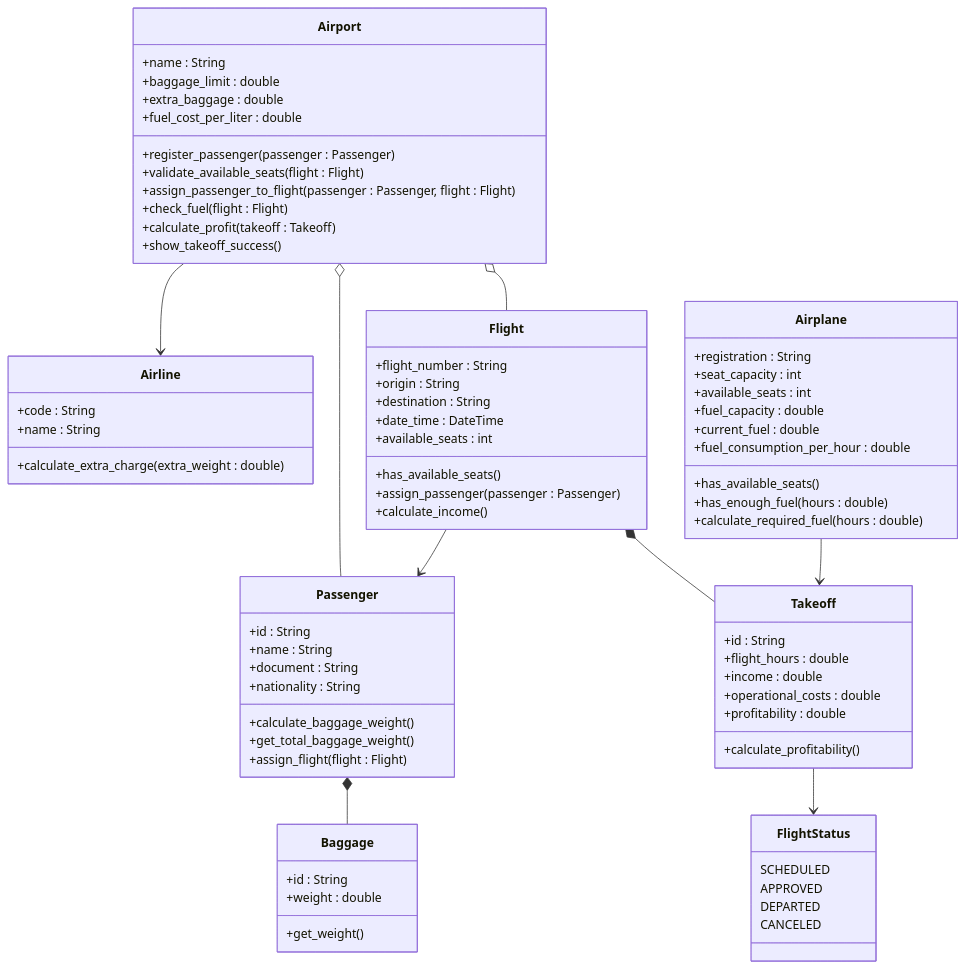
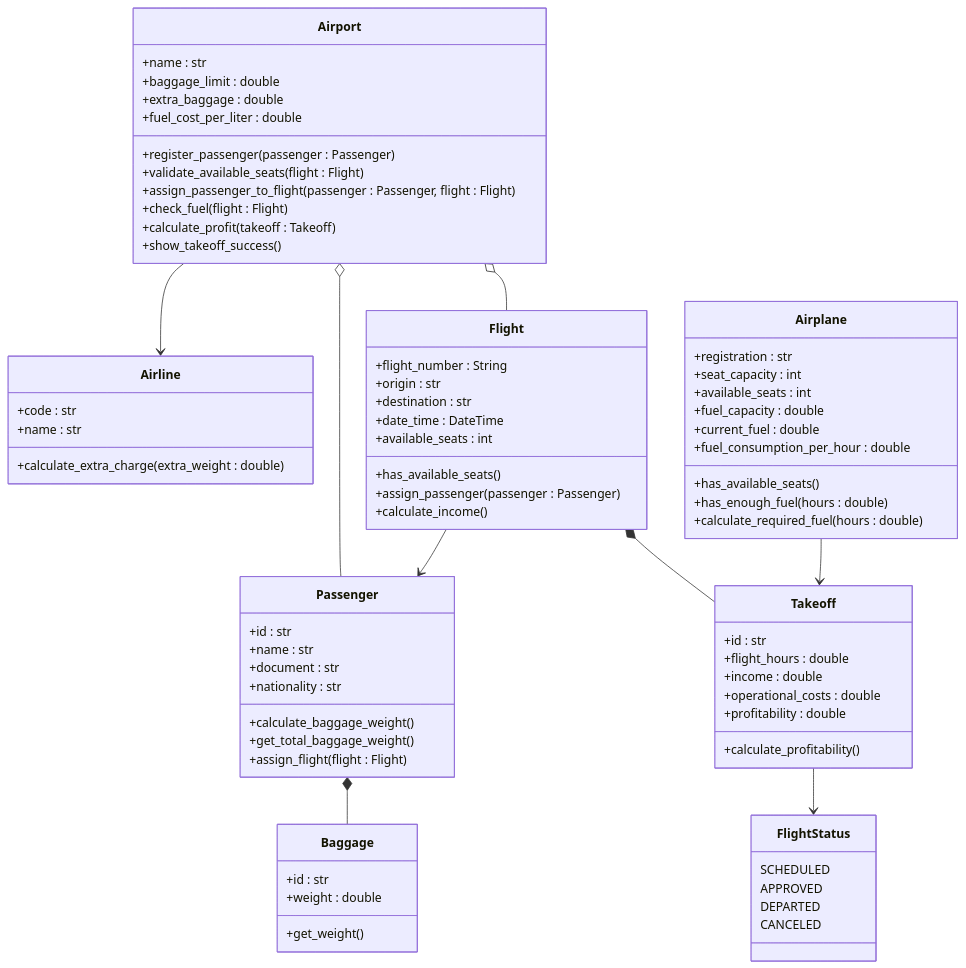
Before and after one commit to CristianDuarted/Proyecto-Aeropuerto-POO: the diagram in README.md, drawn with Mermaid.

```diff
--- a/README.md
+++ b/README.md
@@ -33,7 +33,7 @@
 classDiagram
 
     class Airport {
-        +name : String
+        +name : str
         +baggage_limit : double
         +extra_baggage : double
         +fuel_cost_per_liter : double
@@ -46,31 +46,31 @@
     }
 
     class Passenger {
-        +id : String
-        +name : String
-        +document : String
-        +nationality : String
+        +id : str
+        +name : str
+        +document : str
+        +nationality : str
         +calculate_baggage_weight()
         +get_total_baggage_weight()
         +assign_flight(flight : Flight)
     }
 
     class Baggage {
-        +id : String
+        +id : str
         +weight : double
         +get_weight()
     }
 
     class Airline {
-        +code : String
-        +name : String
+        +code : str
+        +name : str
         +calculate_extra_charge(extra_weight : double)
     }
 
     class Flight {
         +flight_number : String
-        +origin : String
-        +destination : String
+        +origin : str
+        +destination : str
         +date_time : DateTime
         +available_seats : int
         +has_available_seats()
@@ -79,7 +79,7 @@
     }
 
     class Airplane {
-        +registration : String
+        +registration : str
         +seat_capacity : int
         +available_seats : int
         +fuel_capacity : double
@@ -91,7 +91,7 @@
     }
 
     class Takeoff {
-        +id : String
+        +id : str
         +flight_hours : double
         +income : double
         +operational_costs : double
```
